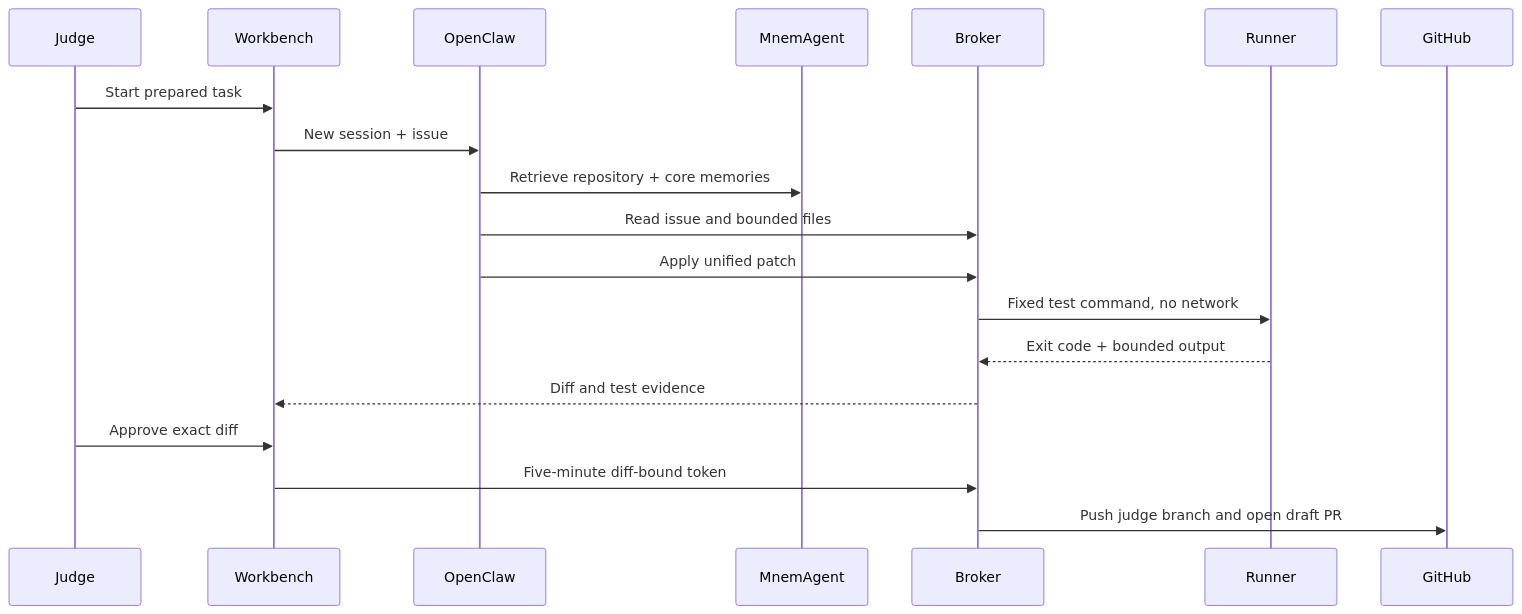
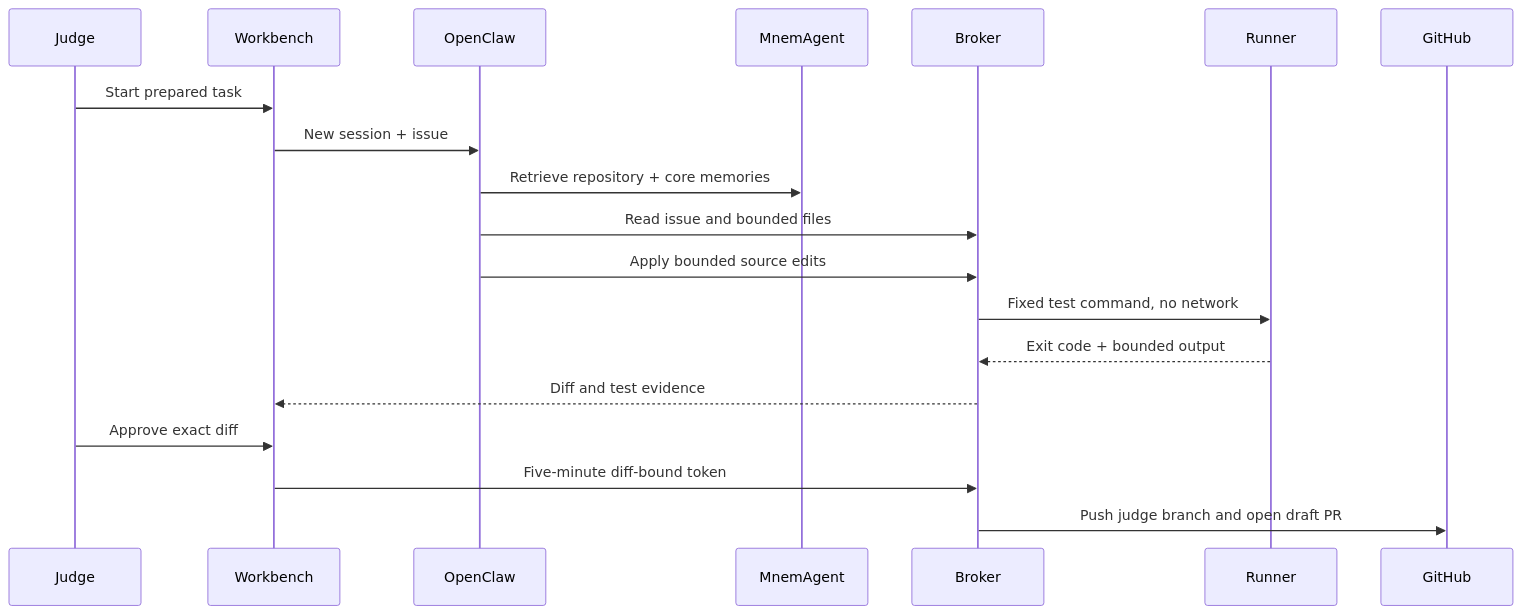
Before and after one commit to crankysmh47/MnemAgent: the diagram in docs/MNEMCODE_DEMO.md, drawn with Mermaid. The commit also changed other lines of this file and 18 other files, not shown here.

````diff
--- a/docs/MNEMCODE_DEMO.md
+++ b/docs/MNEMCODE_DEMO.md
@@ -7,21 +7,21 @@
 ```mermaid
 sequenceDiagram
   participant J as Judge
   participant U as Workbench
   participant O as OpenClaw
   participant M as MnemAgent
   participant B as Broker
   participant R as Runner
   participant G as GitHub
   J->>U: Start prepared task
   U->>O: New session + issue
   O->>M: Retrieve repository + core memories
   O->>B: Read issue and bounded files
-  O->>B: Apply unified patch
+  O->>B: Apply bounded source edits
   B->>R: Fixed test command, no network
   R-->>B: Exit code + bounded output
   B-->>U: Diff and test evidence
   J->>U: Approve exact diff
   U->>B: Five-minute diff-bound token
   B->>G: Push judge branch and open draft PR
 ```
````
